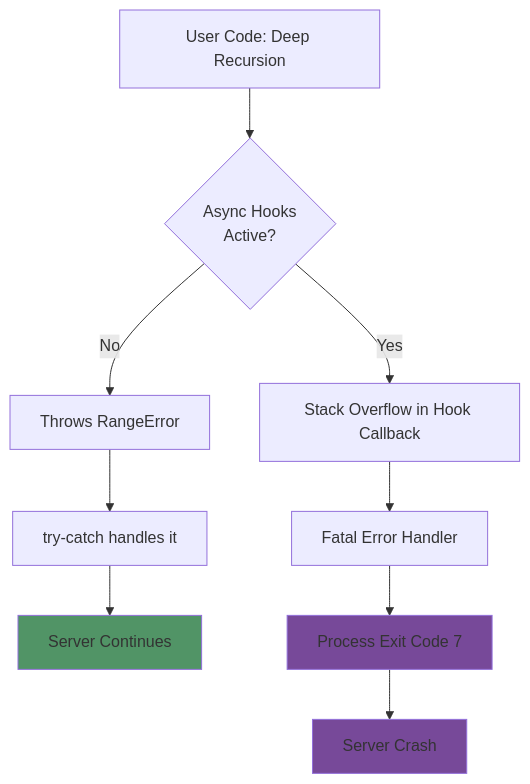
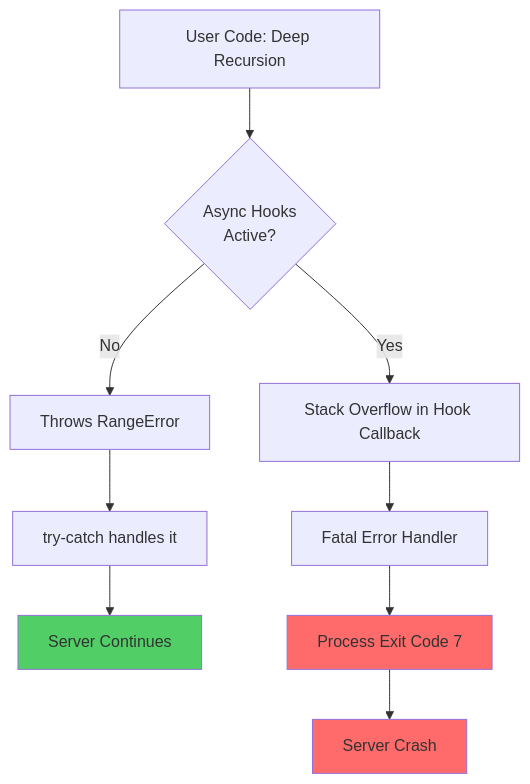
The first of 3 diagrams in News/Node.js-Async-Hooks-DoS-Vulnerability.md (rsrini7/Learnings), drawn with Mermaid before and after one commit. The commit also changed other lines of this file, not shown here.

````diff
--- a/News/Node.js-Async-Hooks-DoS-Vulnerability.md
+++ b/News/Node.js-Async-Hooks-DoS-Vulnerability.md
@@ -104,15 +102,15 @@
 ```mermaid
 graph TD
     A["User Code: Deep Recursion"] --> B{"Async Hooks<br/>Active?"}
     B -->|No| C["Throws RangeError"]
     C --> D["try-catch handles it"]
     D --> E["Server Continues"]
     B -->|Yes| F["Stack Overflow in Hook Callback"]
     F --> G["Fatal Error Handler"]
     G --> H["Process Exit Code 7"]
     H --> I["Server Crash"]
     
-    style H fill:#774999
-    style I fill:#774999
-    style E fill:#519466
+    style H fill:#ff6b6b
+    style I fill:#ff6b6b
+    style E fill:#51cf66
 ```
````
